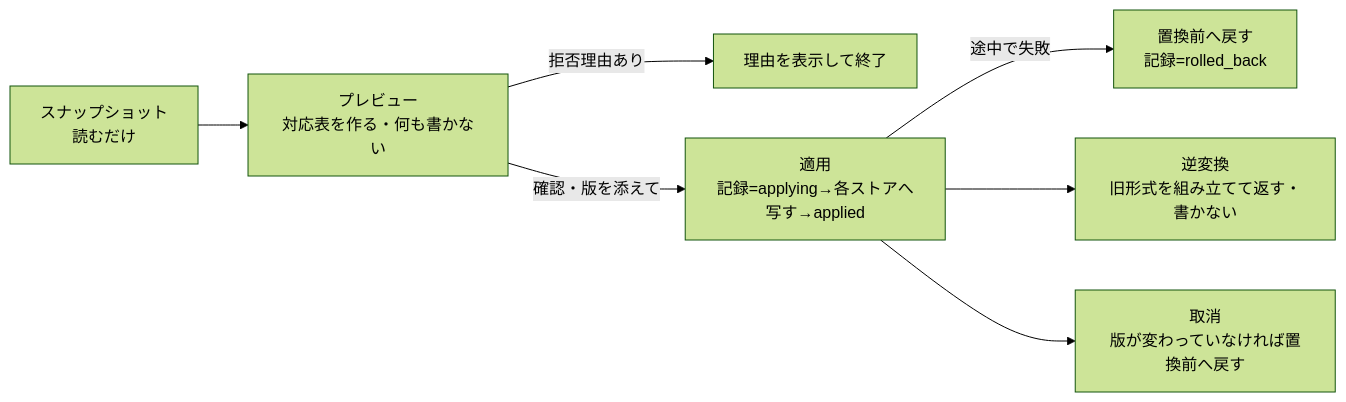
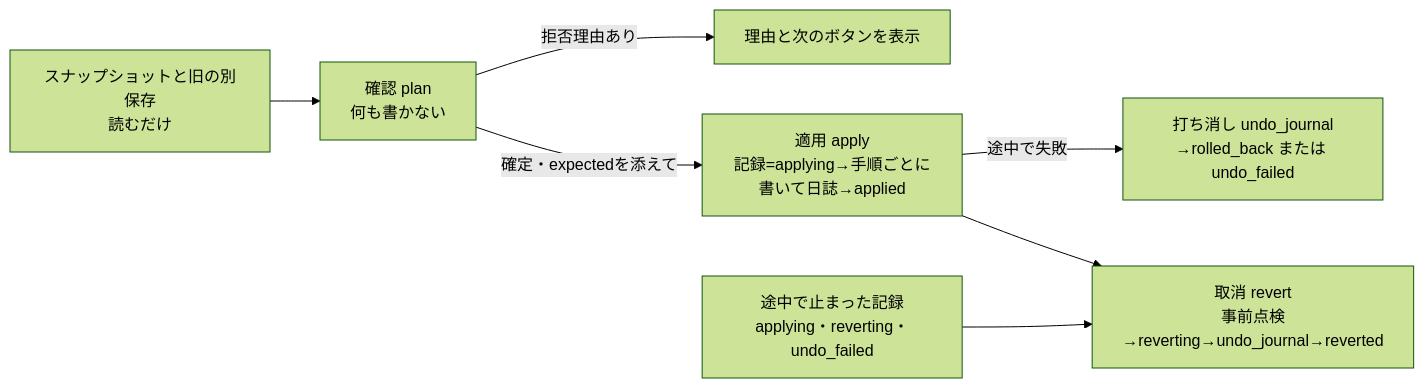
The diagram in docs/roadmap/LEGACY_STATE_TO_V05_MAPPING_DESIGN_20261104_JA.md (baisound/BAI_CREATER_STUDIO), drawn with Mermaid (forest theme) before and after one commit. The commit also changed other lines of this file and 2 other files, not shown here.

````diff
--- a/docs/roadmap/LEGACY_STATE_TO_V05_MAPPING_DESIGN_20261104_JA.md
+++ b/docs/roadmap/LEGACY_STATE_TO_V05_MAPPING_DESIGN_20261104_JA.md
@@ -147,9 +249,9 @@
 ```mermaid
 flowchart LR
-  S[スナップショット<br>読むだけ] --> P[プレビュー<br>対応表を作る・何も書かない]
-  P -->|拒否理由あり| X[理由を表示して終了]
-  P -->|確認・版を添えて| A[適用<br>記録=applying→各ストアへ写す→applied]
-  A -->|途中で失敗| R[置換前へ戻す<br>記録=rolled_back]
-  A --> E[逆変換<br>旧形式を組み立てて返す・書かない]
-  A --> U[取消<br>版が変わっていなければ置換前へ戻す]
+  S[スナップショットと旧の別保存<br>読むだけ] --> P[確認 plan<br>何も書かない]
+  P -->|拒否理由あり| X[理由と次のボタンを表示]
+  P -->|確定・expectedを添えて| A[適用 apply<br>記録=applying→手順ごとに書いて日誌→applied]
+  A -->|途中で失敗| U[打ち消し undo_journal<br>→rolled_back または undo_failed]
+  A --> R[取消 revert<br>事前点検→reverting→undo_journal→reverted]
+  I[途中で止まった記録<br>applying・reverting・undo_failed] --> R
 ```
````
